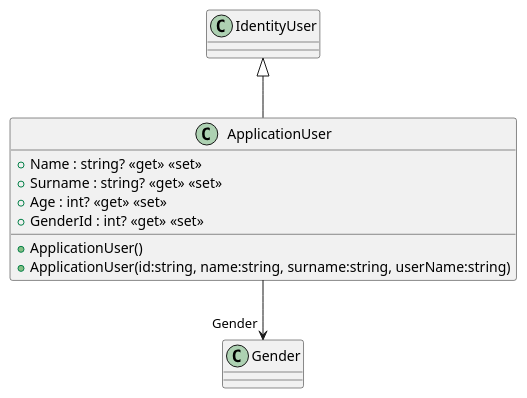
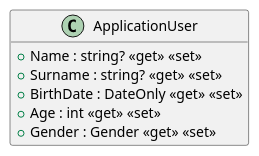
Before and after one commit to ISII2627Erasmus/Barca: the diagram in src/AppForSEII.API/ClassDiagram/ApplicationUser.puml, drawn with PlantUML. The commit also changed 9 other files, not shown here.

Commit message:
Update models and class diagrams for Create Team use case. ApplicationUser.puml file was accidentally duplicated so the extra one is deleted.

```diff
--- a/src/AppForSEII.API/ClassDiagram/ApplicationUser.puml
+++ b/src/AppForSEII.API/ClassDiagram/ApplicationUser.puml
@@ -1,10 +1,10 @@
+@startuml
+hide methods
 class ApplicationUser {
-    + ApplicationUser()
-    + ApplicationUser(id:string, name:string, surname:string, userName:string)
     + Name : string? <<get>> <<set>>
     + Surname : string? <<get>> <<set>>
-    + Age : int? <<get>> <<set>>
-    + GenderId : int? <<get>> <<set>>
+    + BirthDate : DateOnly <<get>> <<set>>
+    + Age : int <<get>> <<set>>
+    + Gender : Gender <<get>> <<set>>
 }
-IdentityUser <|-- ApplicationUser
-ApplicationUser --> "Gender" Gender
+@enduml
```
